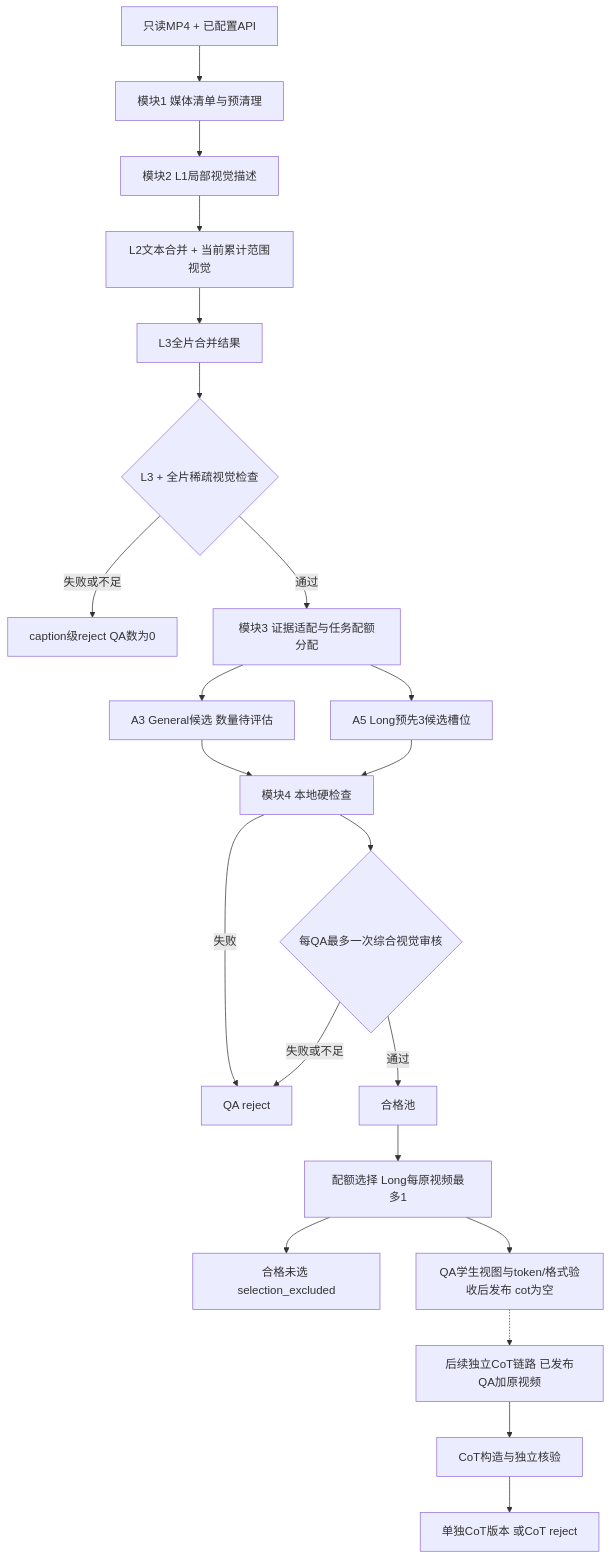
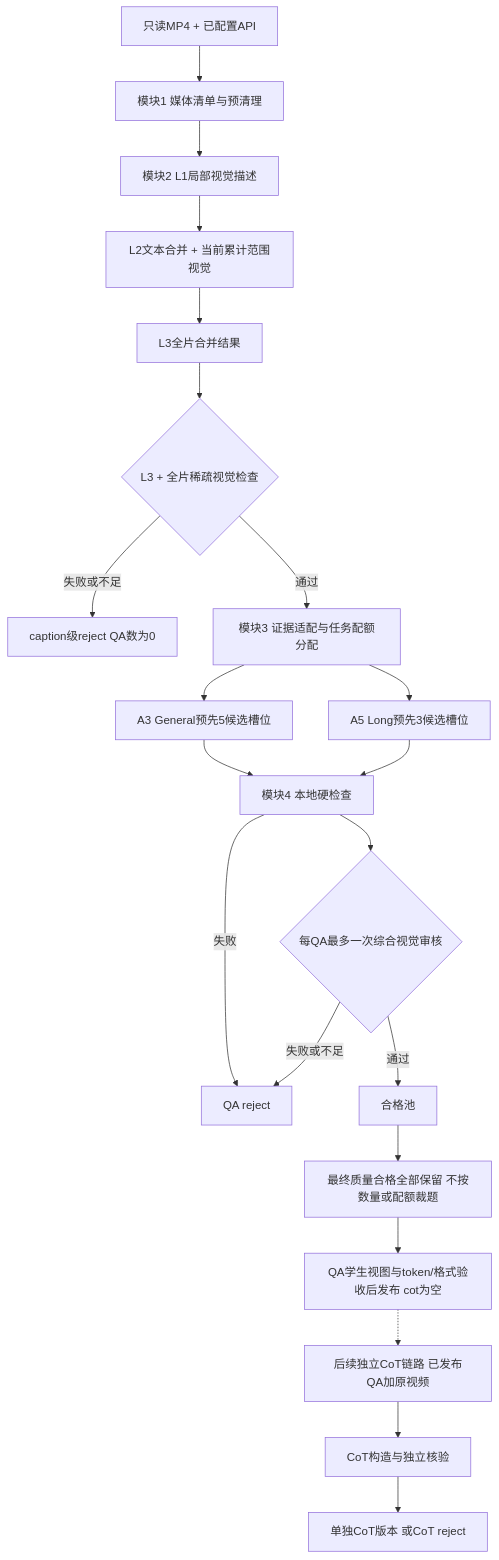
One commit to Tiachi/video-sft-builder changed the diagram in docs/video_sft_four_module_project_outline_2026-10-20.md. Above: the diagram before and after it, drawn with Mermaid. The commit also changed other lines of this file and 25 other files, not shown here.

````diff
--- a/docs/video_sft_four_module_project_outline_2026-10-20.md
+++ b/docs/video_sft_four_module_project_outline_2026-10-20.md
@@ -44,24 +45,23 @@
 ```mermaid
 flowchart TD
   I[只读MP4 + 已配置API] --> M1[模块1 媒体清单与预清理]
   M1 --> L1[模块2 L1局部视觉描述]
   L1 --> L2[L2文本合并 + 当前累计范围视觉]
   L2 --> L3[L3全片合并结果]
   L3 --> CG{L3 + 全片稀疏视觉检查}
   CG -->|失败或不足| CR[caption级reject QA数为0]
   CG -->|通过| ROUTE[模块3 证据适配与任务配额分配]
-  ROUTE --> G[A3 General候选 数量待评估]
+  ROUTE --> G[A3 General预先5候选槽位]
   ROUTE --> L[A5 Long预先3候选槽位]
   G --> LOCAL[模块4 本地硬检查]
   L --> LOCAL
   LOCAL --> A7{每QA最多一次综合视觉审核}
   LOCAL -->|失败| QR[QA reject]
   A7 -->|失败或不足| QR
   A7 -->|通过| POOL[合格池]
-  POOL --> SEL[配额选择 Long每原视频最多1]
-  SEL --> EX[合格未选 selection_excluded]
-  SEL --> REL[QA学生视图与token/格式验收后发布 cot为空]
+  POOL --> ALL[最终质量合格全部保留 不按数量或配额裁题]
+  ALL --> REL[QA学生视图与token/格式验收后发布 cot为空]
   REL -.-> CI[后续独立CoT链路 已发布QA加原视频]
   CI --> CV[CoT构造与独立核验]
   CV --> CO[单独CoT版本 或CoT reject]
 ```
````
